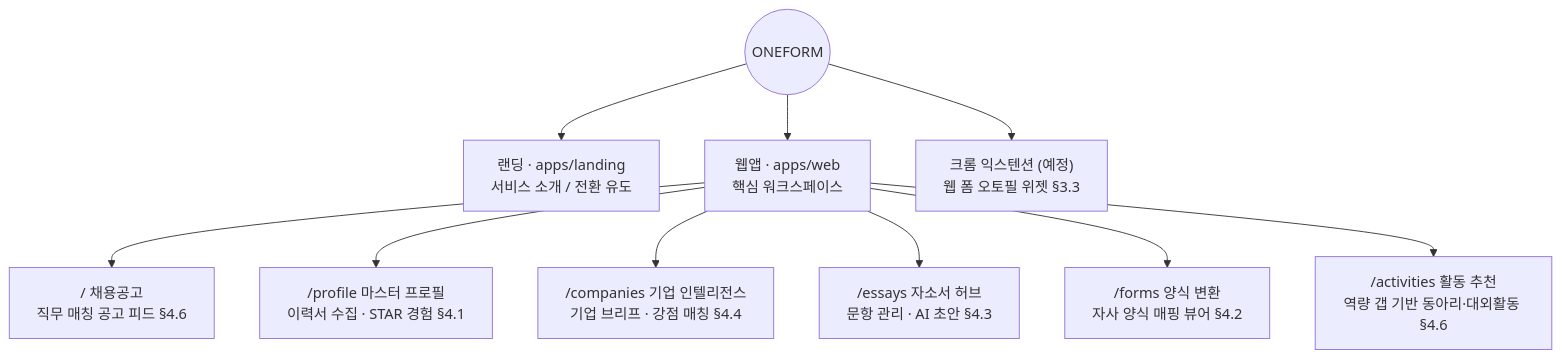
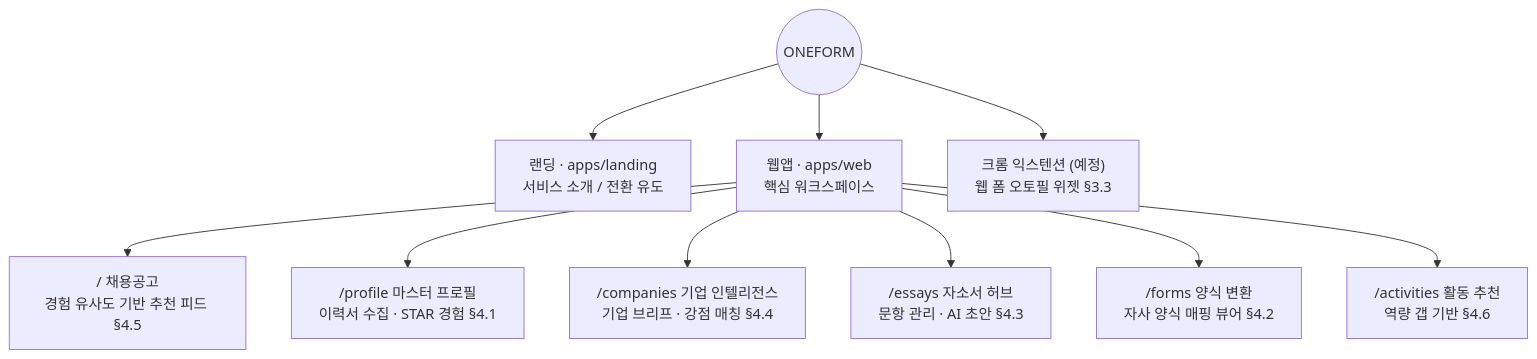
Before and after one commit to kimtaejin3/one-form: the first of 3 diagrams in docs/IA.md, drawn with Mermaid. The commit also changed other lines of this file and 1 other file, not shown here.

Commit message:
docs(repo): 채용공고 추천·역량 갭 반영한 기획서 개정본 추가 및 IA 정합

````diff
--- a/docs/IA.md
+++ b/docs/IA.md
@@ -7,14 +7,14 @@
 ```mermaid
 flowchart TD
     ONEFORM((ONEFORM))
     ONEFORM --> LANDING["랜딩 · apps/landing<br/>서비스 소개 / 전환 유도"]
     ONEFORM --> WEB["웹앱 · apps/web<br/>핵심 워크스페이스"]
     ONEFORM --> EXT["크롬 익스텐션 (예정)<br/>웹 폼 오토필 위젯 §3.3"]
 
-    WEB --> JOBS["/ 채용공고<br/>직무 매칭 공고 피드 §4.6"]
+    WEB --> JOBS["/ 채용공고<br/>경험 유사도 기반 추천 피드 §4.5"]
     WEB --> PROFILE["/profile 마스터 프로필<br/>이력서 수집 · STAR 경험 §4.1"]
     WEB --> COMPANY["/companies 기업 인텔리전스<br/>기업 브리프 · 강점 매칭 §4.4"]
     WEB --> ESSAY["/essays 자소서 허브<br/>문항 관리 · AI 초안 §4.3"]
     WEB --> FORMS["/forms 양식 변환<br/>자사 양식 매핑 뷰어 §4.2"]
-    WEB --> ACT["/activities 활동 추천<br/>역량 갭 기반 동아리·대외활동 §4.6"]
+    WEB --> ACT["/activities 활동 추천<br/>역량 갭 기반 §4.6"]
 ```
````
